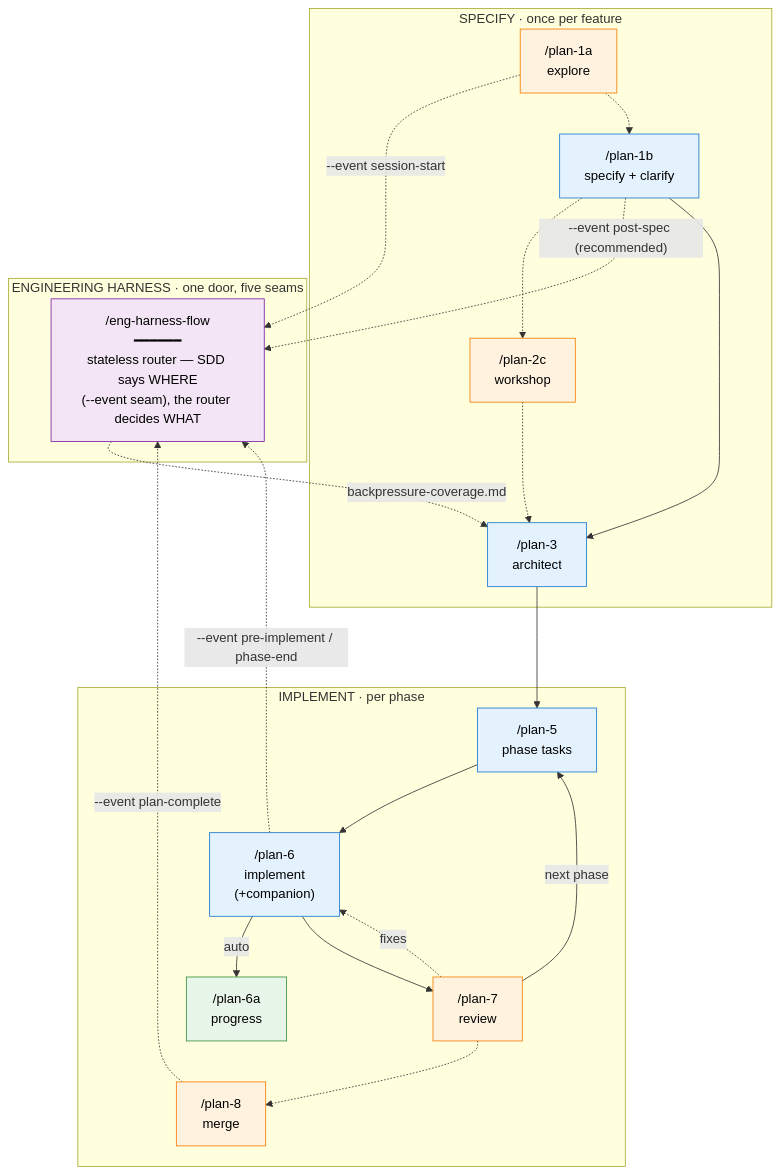
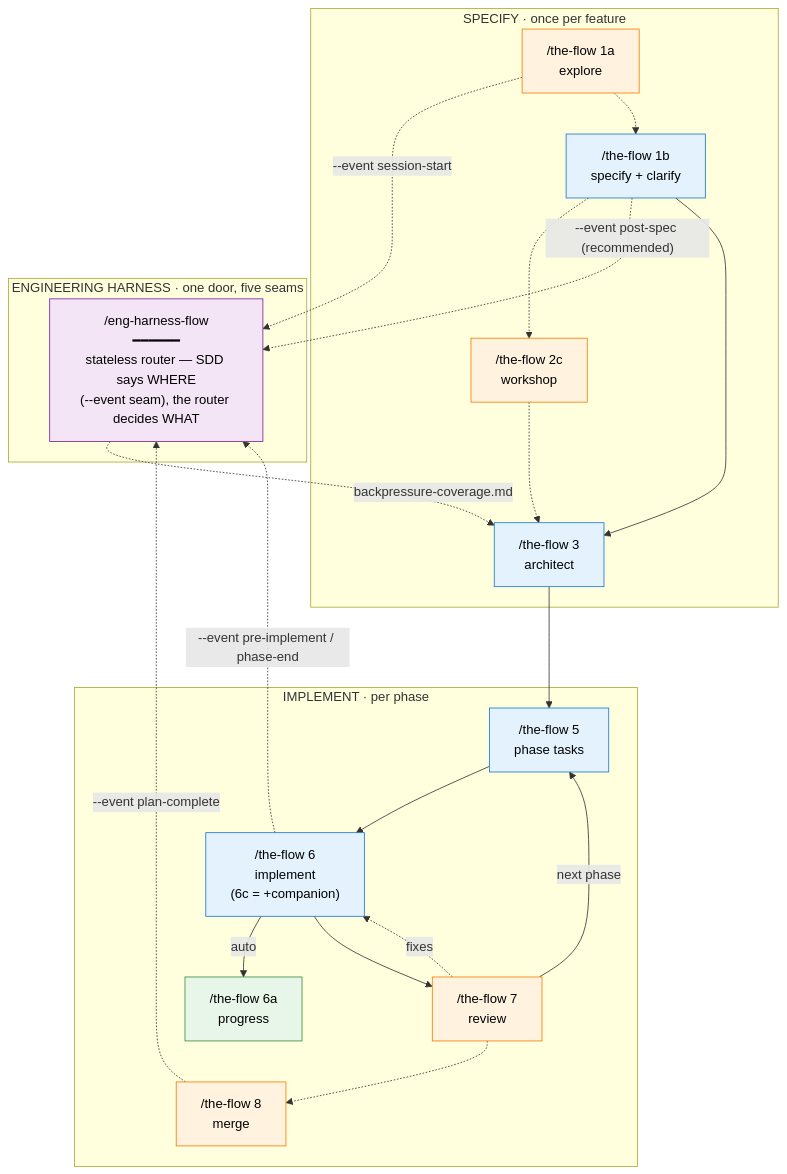
The first of 2 diagrams in skills/SDD/the-flow/references/getting-started.md (jakkaj/tools), drawn with Mermaid before and after one commit. The commit also changed other lines of this file and 40 other files, not shown here.

First line of the commit message:
feat(skills)!: consolidate the 13 main-flow SDD skills into one progressive-disclosure the-flow skill (plan-030)

````diff
--- a/skills/SDD/the-flow/references/getting-started.md
+++ b/skills/SDD/the-flow/references/getting-started.md
@@ -28,43 +59,43 @@
 ```mermaid
 flowchart TB
     classDef manual fill:#e3f2fd,stroke:#1976d2,color:#000
     classDef auto fill:#e8f5e9,stroke:#388e3c,color:#000
     classDef optional fill:#fff3e0,stroke:#f57c00,color:#000
     classDef harness fill:#f3e5f5,stroke:#7b1fa2,color:#000
 
     subgraph specify["SPECIFY · once per feature"]
-        P1A["/plan-1a<br/>explore"]:::optional
-        P1B["/plan-1b<br/>specify + clarify"]:::manual
-        P2C["/plan-2c<br/>workshop"]:::optional
-        P3["/plan-3<br/>architect"]:::manual
+        P1A["/the-flow 1a<br/>explore"]:::optional
+        P1B["/the-flow 1b<br/>specify + clarify"]:::manual
+        P2C["/the-flow 2c<br/>workshop"]:::optional
+        P3["/the-flow 3<br/>architect"]:::manual
     end
 
     subgraph implement["IMPLEMENT · per phase"]
-        P5["/plan-5<br/>phase tasks"]:::manual
-        P6["/plan-6<br/>implement<br/>(+companion)"]:::manual
-        P6A["/plan-6a<br/>progress"]:::auto
-        P7["/plan-7<br/>review"]:::optional
-        P8["/plan-8<br/>merge"]:::optional
+        P5["/the-flow 5<br/>phase tasks"]:::manual
+        P6["/the-flow 6<br/>implement<br/>(6c = +companion)"]:::manual
+        P6A["/the-flow 6a<br/>progress"]:::auto
+        P7["/the-flow 7<br/>review"]:::optional
+        P8["/the-flow 8<br/>merge"]:::optional
     end
 
     subgraph harness["ENGINEERING HARNESS · one door, five seams"]
         R["/eng-harness-flow<br/>━━━━━━<br/>stateless router — SDD says WHERE<br/>(--event seam), the router decides WHAT"]:::harness
     end
 
     P1A -.->|"--event session-start"| R
     P1A -.-> P1B
     P1B -.-> P2C
     P2C -.-> P3
     P1B -.->|"--event post-spec (recommended)"| R
     R -.->|backpressure-coverage.md| P3
     P1B --> P3
     P3 --> P5
     P5 --> P6
     P6 -->|auto| P6A
     P6 --> P7
     P7 -->|next phase| P5
     P7 -.->|fixes| P6
     P7 -.-> P8
     P6 -.->|"--event pre-implement / phase-end"| R
     P8 -.->|"--event plan-complete"| R
 ```
````
